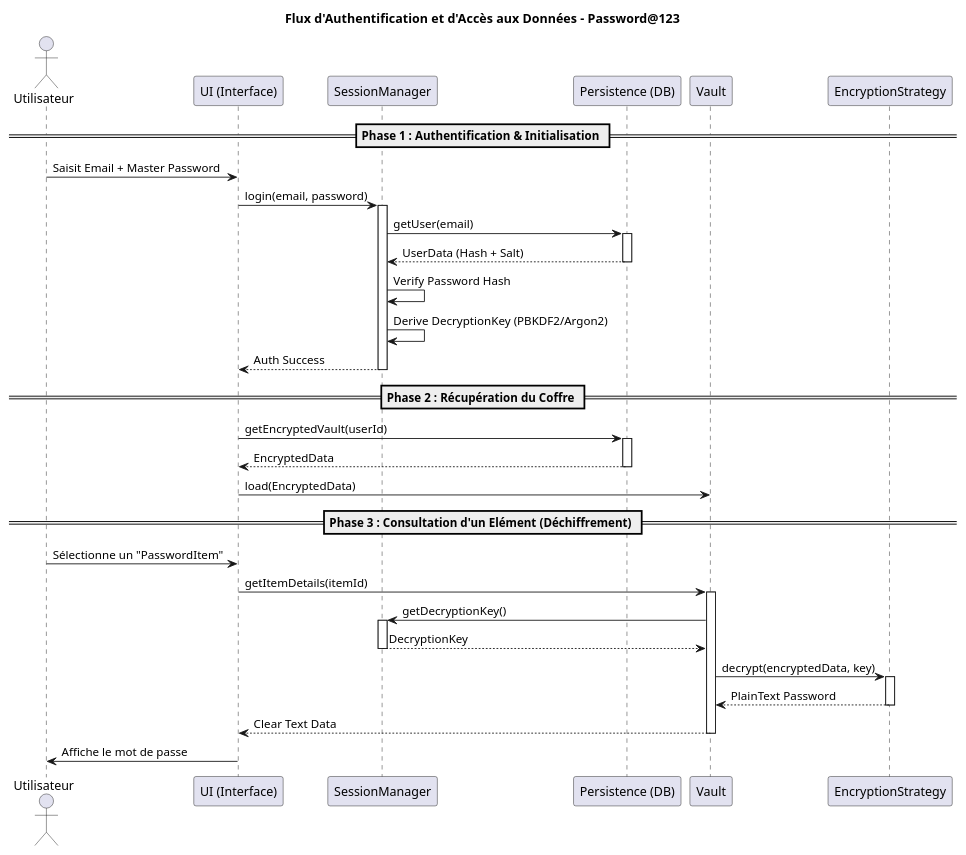
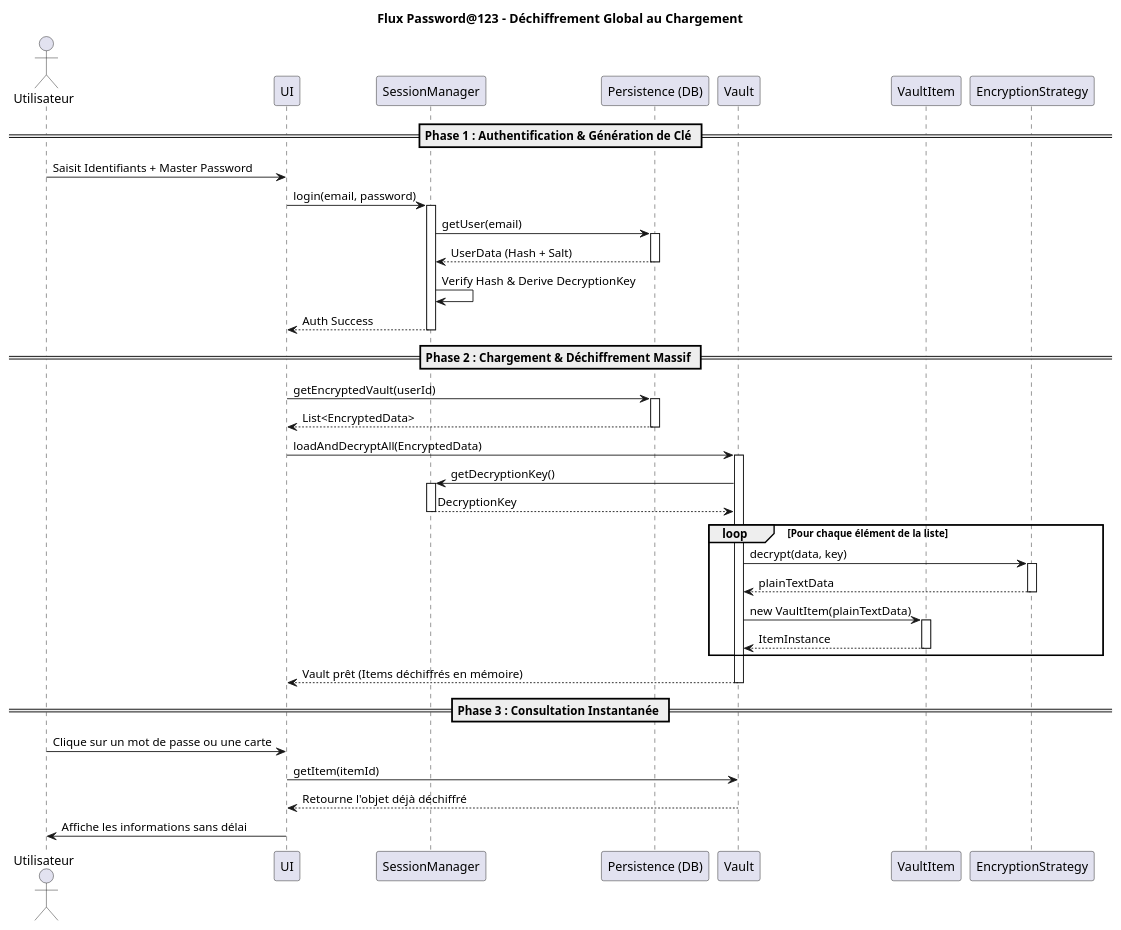
The second of 2 diagrams in docs/conception.md (CPE-LYON-APICOT/projet-password-123), drawn with PlantUML before and after one commit. The commit also changed other lines of this file, not shown here.

Commit message:
conception uml update

````diff
--- a/docs/conception.md
+++ b/docs/conception.md
@@ -152,55 +153,61 @@
 ```plantuml
 @startuml
-title Flux d'Authentification et d'Accès aux Données - Password@123
+title Flux Password@123 - Déchiffrement Global au Chargement
 
 actor Utilisateur
-participant "UI (Interface)" as UI
+participant "UI" as UI
 participant "SessionManager" as Session
 participant "Persistence (DB)" as DB
 participant "Vault" as Vault
+participant "VaultItem" as Item
 participant "EncryptionStrategy" as Strategy
 
-== Phase 1 : Authentification & Initialisation ==
-
-Utilisateur -> UI : Saisit Email + Master Password
+== Phase 1 : Authentification & Génération de Clé ==
+Utilisateur -> UI : Saisit Identifiants + Master Password
 UI -> Session : login(email, password)
 activate Session
 
 Session -> DB : getUser(email)
 activate DB
 return UserData (Hash + Salt)
 
-Session -> Session : Verify Password Hash
-Session -> Session : Derive DecryptionKey (PBKDF2/Argon2)
-
+Session -> Session : Verify Hash & Derive DecryptionKey
 Session --> UI : Auth Success
 deactivate Session
 
-== Phase 2 : Récupération du Coffre ==
-
+== Phase 2 : Chargement & Déchiffrement Massif ==
 UI -> DB : getEncryptedVault(userId)
 activate DB
-return EncryptedData
-UI -> Vault : load(EncryptedData)
+return List<EncryptedData>
+deactivate DB
 
-== Phase 3 : Consultation d'un Elément (Déchiffrement) ==
-
-Utilisateur -> UI : Sélectionne un "PasswordItem"
-UI -> Vault : getItemDetails(itemId)
+UI -> Vault : loadAndDecryptAll(EncryptedData)
 activate Vault
 
 Vault -> Session : getDecryptionKey()
 activate Session
 return DecryptionKey
 
-Vault -> Strategy : decrypt(encryptedData, key)
-activate Strategy
-return PlainText Password
-deactivate Strategy
+loop Pour chaque élément de la liste
+    Vault -> Strategy : decrypt(data, key)
+    activate Strategy
+    return plainTextData
+    deactivate Strategy
+    
+    Vault -> Item : new VaultItem(plainTextData)
+    activate Item
+    return ItemInstance
+end
 
-Vault --> UI : Clear Text Data
+Vault --> UI : Vault prêt (Items déchiffrés en mémoire)
 deactivate Vault
 
-UI -> Utilisateur : Affiche le mot de passe
+== Phase 3 : Consultation Instantanée ==
+Utilisateur -> UI : Clique sur un mot de passe ou une carte
+UI -> Vault : getItem(itemId)
+' Les données sont déjà en clair, pas d'appel à Strategy
+Vault --> UI : Retourne l'objet déjà déchiffré
+UI -> Utilisateur : Affiche les informations sans délai
+
 @enduml
 ```
````
